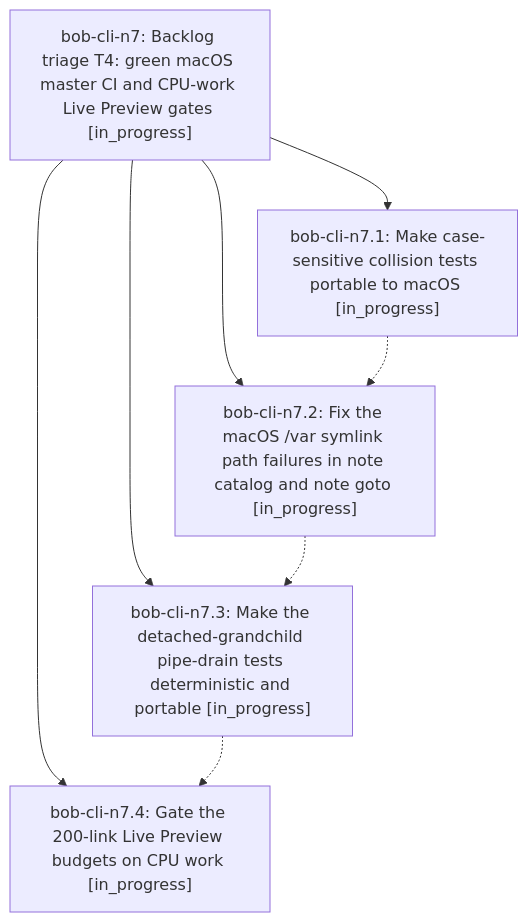
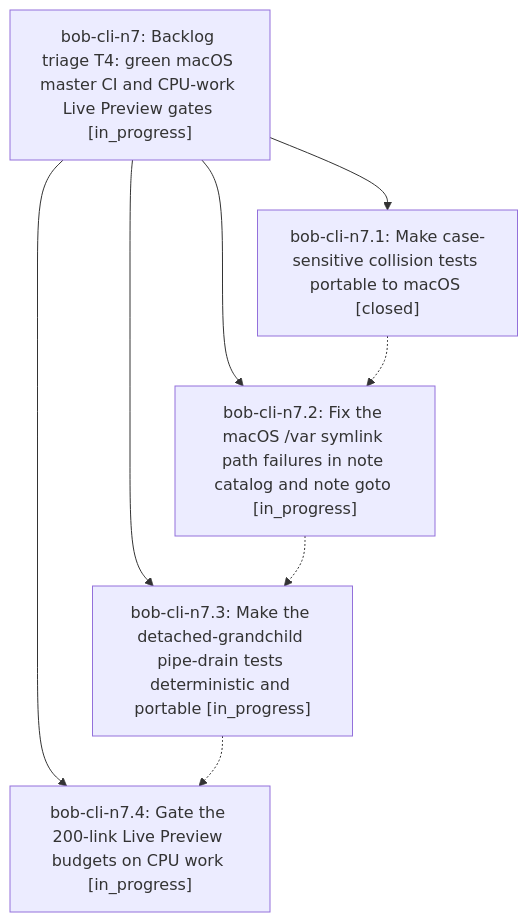
One commit to bobs-org/bob-cli--beads changed the diagram in pages/bob-cli-n7/README.md. Above: the diagram before and after it, drawn with Mermaid. The commit also changed other lines of this file and 2 other files, not shown here.

First line of the commit message:
chore(beads): sync bead state and pages for bob-cli-n7

````diff
--- a/pages/bob-cli-n7/README.md
+++ b/pages/bob-cli-n7/README.md
@@ -37,15 +37,15 @@
 ```mermaid
 flowchart TD
     n0["bob-cli-n7: Backlog triage T4: green macOS master CI and CPU-work Live Preview gates [in_progress]"]
-    n1["bob-cli-n7.1: Make case-sensitive collision tests portable to macOS [in_progress]"]
+    n1["bob-cli-n7.1: Make case-sensitive collision tests portable to macOS [closed]"]
     n2["bob-cli-n7.2: Fix the macOS /var symlink path failures in note catalog and note goto [in_progress]"]
     n3["bob-cli-n7.3: Make the detached-grandchild pipe-drain tests deterministic and portable [in_progress]"]
     n4["bob-cli-n7.4: Gate the 200-link Live Preview budgets on CPU work [in_progress]"]
     n0 --> n1
     n0 --> n2
     n0 --> n3
     n0 --> n4
     n1 -.-> n2
     n2 -.-> n3
     n3 -.-> n4
 ```
````
